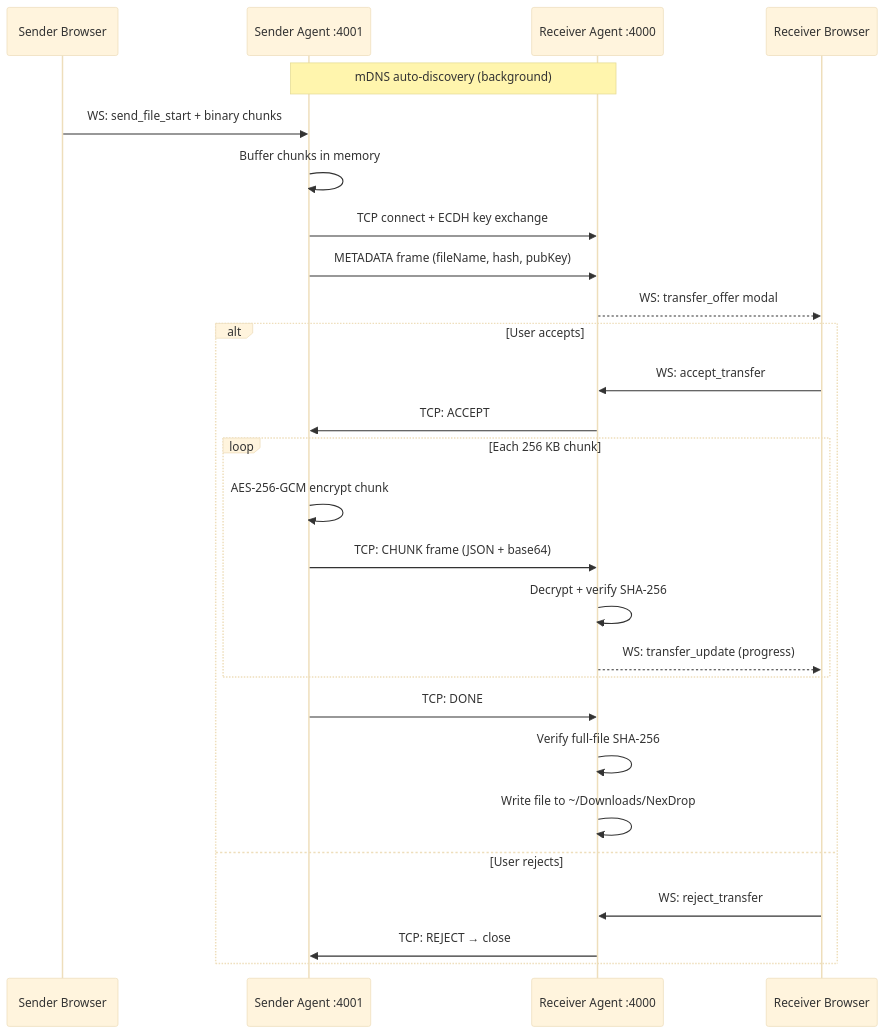
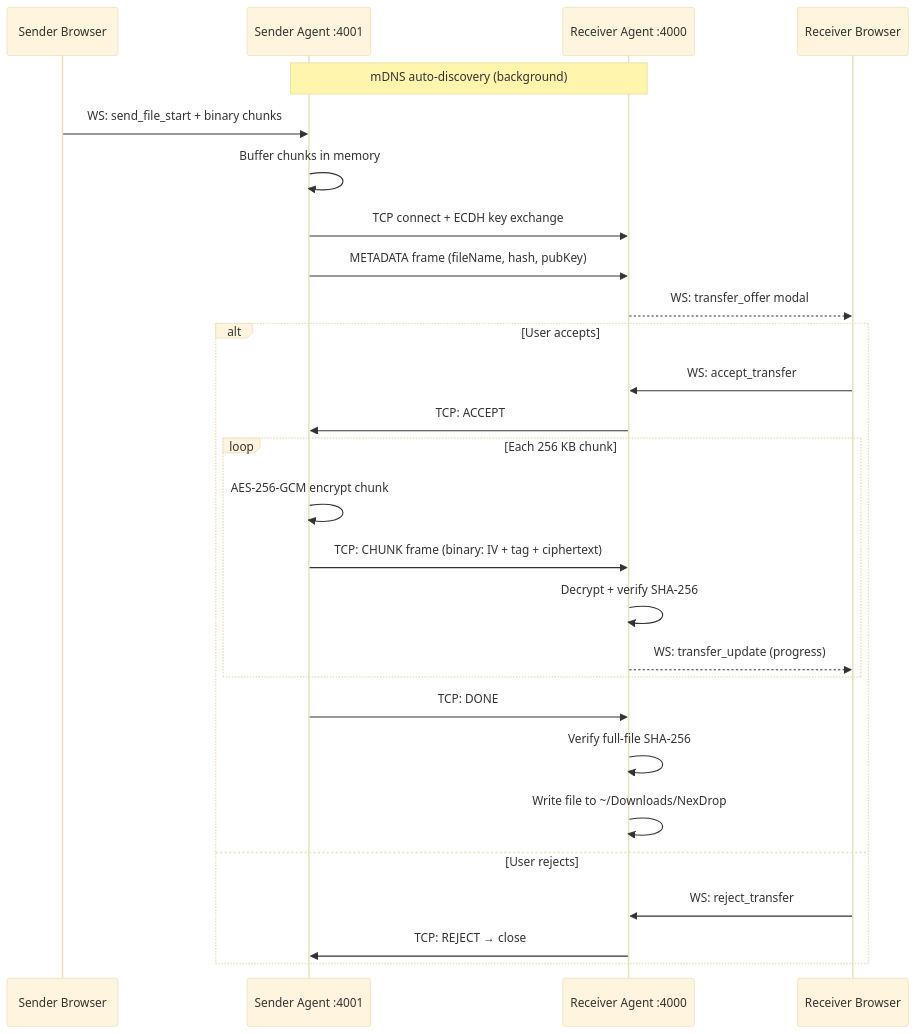
One commit to AbhishekKhot/NexDrop changed the first of 2 diagrams in README.md. Above: the diagram before and after it, drawn with Mermaid (base theme). The commit also changed other lines of this file and 2 other files, not shown here.

````diff
--- a/README.md
+++ b/README.md
@@ -131,32 +130,32 @@
 ```mermaid
 sequenceDiagram
     participant SB as Sender Browser
     participant SA as Sender Agent :4001
     participant RA as Receiver Agent :4000
     participant RB as Receiver Browser
 
     Note over SA,RA: mDNS auto-discovery (background)
 
     SB->>SA: WS: send_file_start + binary chunks
     SA->>SA: Buffer chunks in memory
     SA->>RA: TCP connect + ECDH key exchange
     SA->>RA: METADATA frame (fileName, hash, pubKey)
     RA-->>RB: WS: transfer_offer modal
 
     alt User accepts
         RB->>RA: WS: accept_transfer
         RA->>SA: TCP: ACCEPT
         loop Each 256 KB chunk
             SA->>SA: AES-256-GCM encrypt chunk
-            SA->>RA: TCP: CHUNK frame (JSON + base64)
+            SA->>RA: TCP: CHUNK frame (binary: IV + tag + ciphertext)
             RA->>RA: Decrypt + verify SHA-256
             RA-->>RB: WS: transfer_update (progress)
         end
         SA->>RA: TCP: DONE
         RA->>RA: Verify full-file SHA-256
         RA->>RA: Write file to ~/Downloads/NexDrop
     else User rejects
         RB->>RA: WS: reject_transfer
         RA->>SA: TCP: REJECT → close
     end
 ```
````
